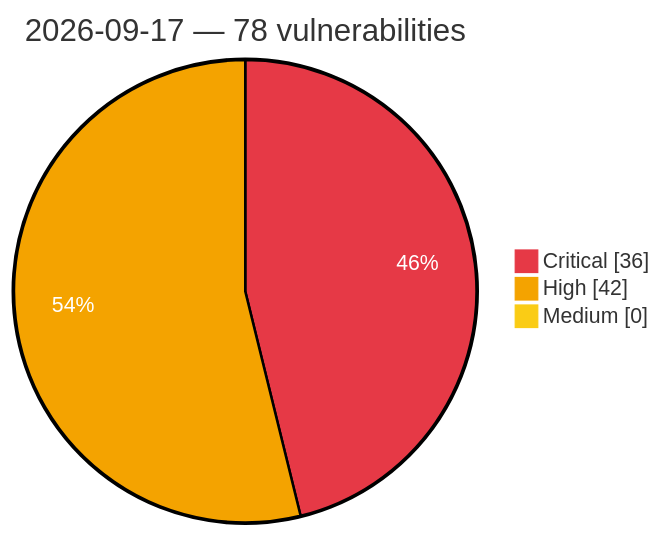
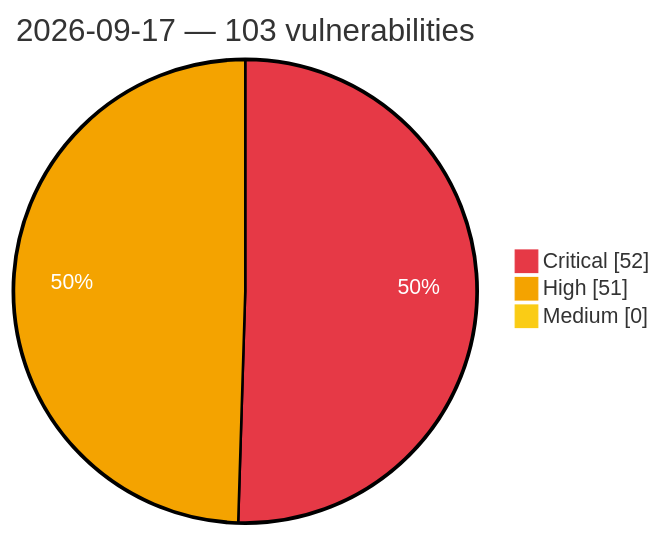
One commit to GhostX0X/vuln-tracker changed the diagram in vulnerabilities/2026/September/2026-09-17.md. Above: the diagram before and after it, drawn with Mermaid. The commit also changed other lines of this file and 5 other files, not shown here.

Commit message:
Auto update: critical/high vulns (2026-09-18 00:18 UTC)

````diff
--- a/vulnerabilities/2026/September/2026-09-17.md
+++ b/vulnerabilities/2026/September/2026-09-17.md
@@ -3,8 +3,8 @@
 ```mermaid
 %%{init: {'theme':'base', 'themeVariables': {'pie1':'#e63946', 'pie2':'#f4a300', 'pie3':'#facc15', 'pieOpacity':'1', 'pieOuterStrokeWidth':'2px', 'pieSectionTextColor':'#ffffff'}}}%%
 pie showData
-    title 2026-09-17 — 78 vulnerabilities
-    "Critical" : 36
-    "High" : 42
+    title 2026-09-17 — 103 vulnerabilities
+    "Critical" : 52
+    "High" : 51
     "Medium" : 0
 ```
````
